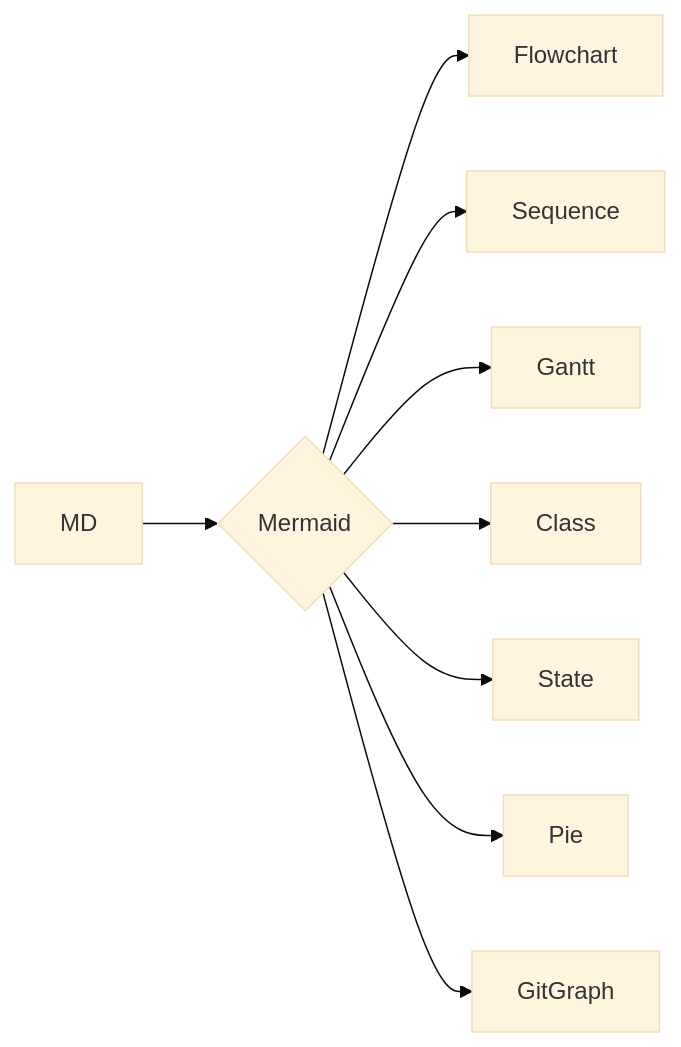
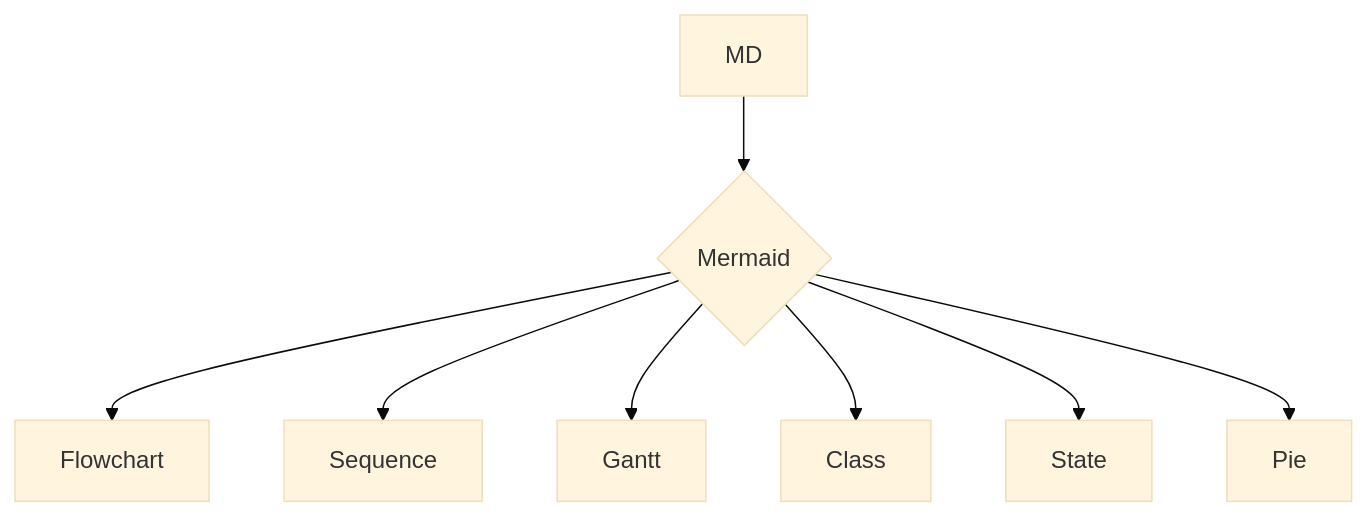
One commit to jorbencas/blog changed the first of 4 diagrams in src/content/posts/guia-0-100-markdown.mdx. Above: the diagram before and after it, drawn with Mermaid (base theme). The commit also changed other lines of this file and 27 other files, not shown here.

````diff
--- a/src/content/posts/guia-0-100-markdown.mdx
+++ b/src/content/posts/guia-0-100-markdown.mdx
@@ -531,11 +1369,10 @@
 ```mermaid
-graph LR
+graph TD
     A[MD] --> B{Mermaid}
     B --> C[Flowchart]
     B --> D[Sequence]
     B --> E[Gantt]
     B --> F[Class]
     B --> G[State]
     B --> H[Pie]
-    B --> I[GitGraph]
 ```
````
